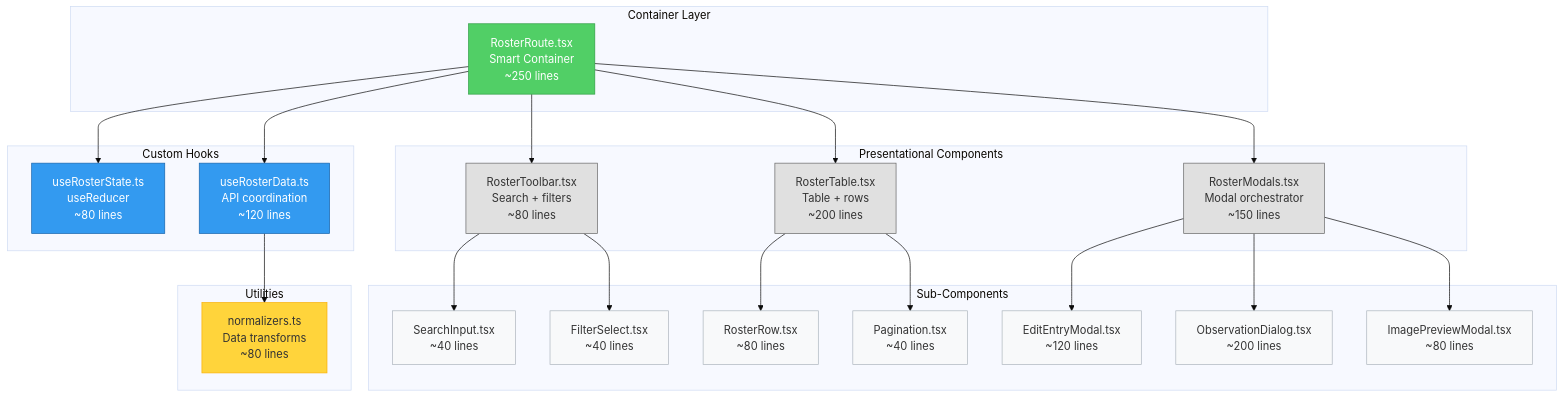
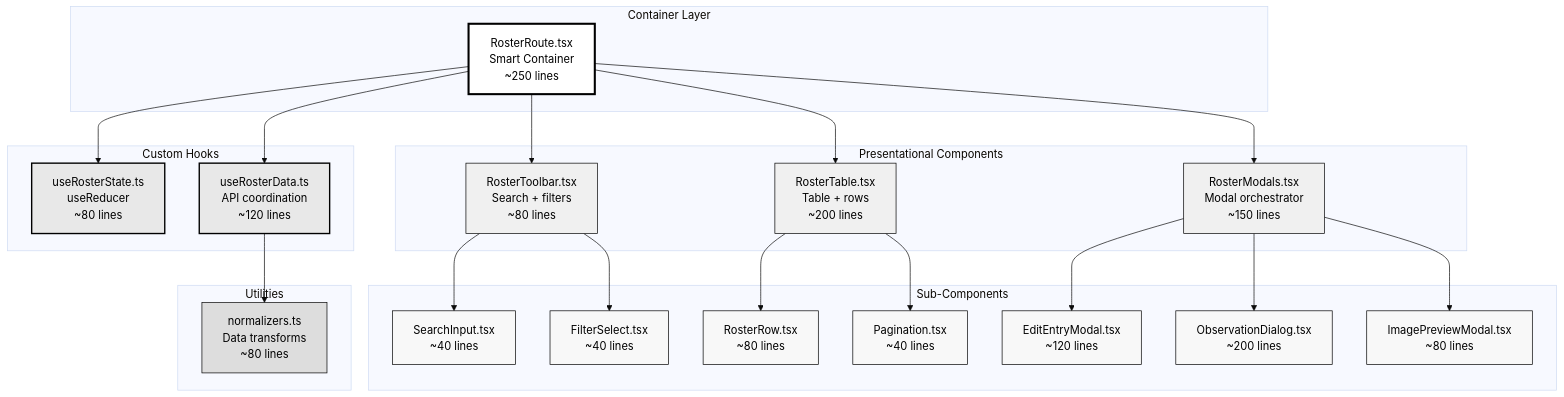
The fourth of 5 diagrams in docs/architecture/rules/component-architecture-patterns.md (darce/context-alt-text-monorepo), drawn with Mermaid (base theme) before and after one commit. The commit also changed other lines of this file and 4 other files, not shown here.

````diff
--- a/docs/architecture/rules/component-architecture-patterns.md
+++ b/docs/architecture/rules/component-architecture-patterns.md
@@ -516,64 +516,64 @@
 ```mermaid
 graph TB
     subgraph "Container Layer"
         RC["RosterRoute.tsx<br/>Smart Container<br/>~250 lines"]
     end
 
     subgraph "Custom Hooks"
         H1["useRosterState.ts<br/>useReducer<br/>~80 lines"]
         H2["useRosterData.ts<br/>API coordination<br/>~120 lines"]
     end
 
     subgraph "Presentational Components"
         C1["RosterToolbar.tsx<br/>Search + filters<br/>~80 lines"]
         C2["RosterTable.tsx<br/>Table + rows<br/>~200 lines"]
         C3["RosterModals.tsx<br/>Modal orchestrator<br/>~150 lines"]
     end
 
     subgraph "Sub-Components"
         S1["SearchInput.tsx<br/>~40 lines"]
         S2["FilterSelect.tsx<br/>~40 lines"]
         S3["RosterRow.tsx<br/>~80 lines"]
         S4["Pagination.tsx<br/>~40 lines"]
         S5["EditEntryModal.tsx<br/>~120 lines"]
         S6["ObservationDialog.tsx<br/>~200 lines"]
         S7["ImagePreviewModal.tsx<br/>~80 lines"]
     end
 
     subgraph "Utilities"
         U1["normalizers.ts<br/>Data transforms<br/>~80 lines"]
     end
 
     RC --> H1
     RC --> H2
     RC --> C1
     RC --> C2
     RC --> C3
 
     C1 --> S1
     C1 --> S2
 
     C2 --> S3
     C2 --> S4
 
     C3 --> S5
     C3 --> S6
     C3 --> S7
 
     H2 --> U1
 
-    style RC fill:#51cf66,stroke:#2f9e44,color:#fff
-    style H1 fill:#339af0,stroke:#1864ab,color:#fff
-    style H2 fill:#339af0,stroke:#1864ab,color:#fff
-    style C1 fill:#e0e0e0,stroke:#666
-    style C2 fill:#e0e0e0,stroke:#666
-    style C3 fill:#e0e0e0,stroke:#666
-    style S1 fill:#f8f9fa,stroke:#adb5bd
-    style S2 fill:#f8f9fa,stroke:#adb5bd
-    style S3 fill:#f8f9fa,stroke:#adb5bd
-    style S4 fill:#f8f9fa,stroke:#adb5bd
-    style S5 fill:#f8f9fa,stroke:#adb5bd
-    style S6 fill:#f8f9fa,stroke:#adb5bd
-    style S7 fill:#f8f9fa,stroke:#adb5bd
-    style U1 fill:#ffd43b,stroke:#fab005
+    style RC fill:#fff,stroke:#000,color:#000,stroke-width:3px
+    style H1 fill:#e8e8e8,stroke:#000,color:#000,stroke-width:2px
+    style H2 fill:#e8e8e8,stroke:#000,color:#000,stroke-width:2px
+    style C1 fill:#f0f0f0,stroke:#000,color:#000
+    style C2 fill:#f0f0f0,stroke:#000,color:#000
+    style C3 fill:#f0f0f0,stroke:#000,color:#000
+    style S1 fill:#f8f8f8,stroke:#000,color:#000
+    style S2 fill:#f8f8f8,stroke:#000,color:#000
+    style S3 fill:#f8f8f8,stroke:#000,color:#000
+    style S4 fill:#f8f8f8,stroke:#000,color:#000
+    style S5 fill:#f8f8f8,stroke:#000,color:#000
+    style S6 fill:#f8f8f8,stroke:#000,color:#000
+    style S7 fill:#f8f8f8,stroke:#000,color:#000
+    style U1 fill:#ddd,stroke:#000,color:#000
 ```
````
